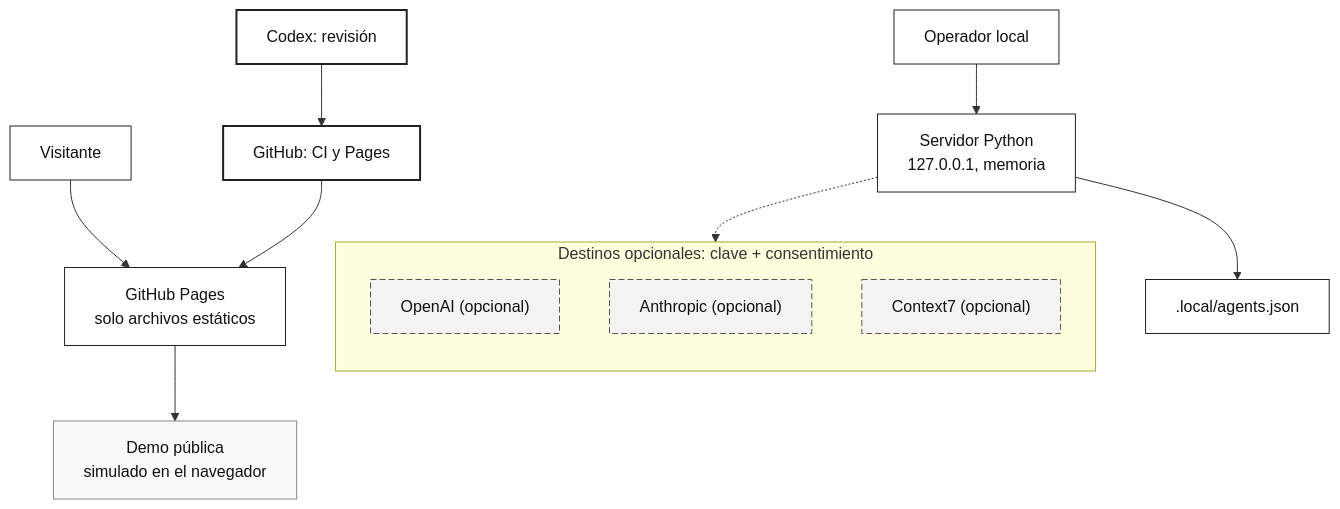
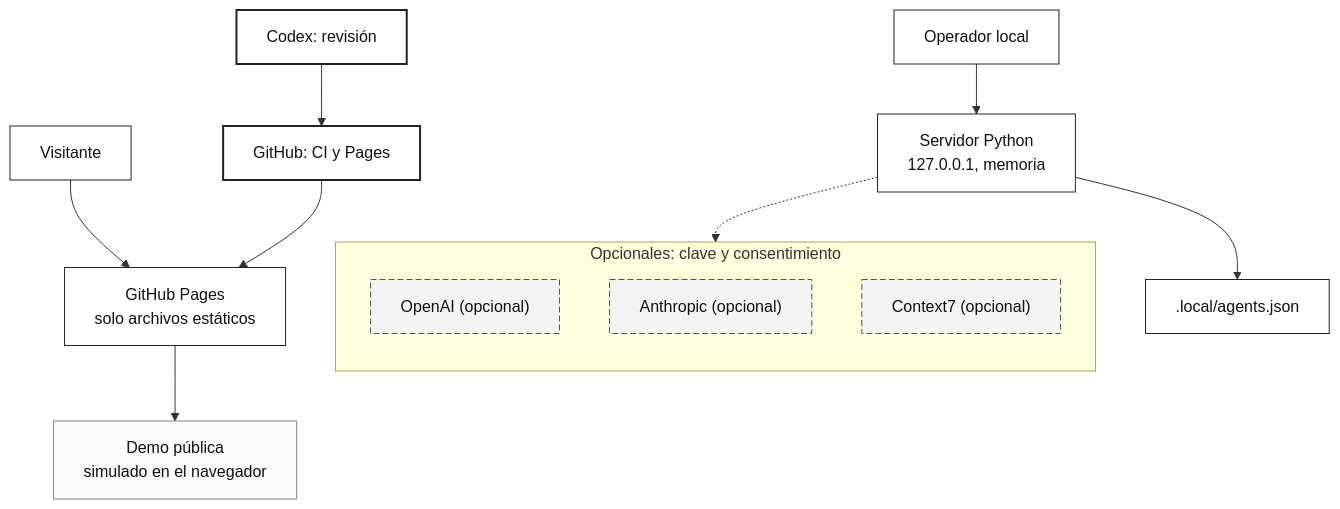
The first of 3 diagrams in docs/book/02-arquitectura.md (marcodiazleon/ai-implementation-lab), drawn with Mermaid before and after one commit. The commit also changed other lines of this file and 5 other files, not shown here.

````diff
--- a/docs/book/02-arquitectura.md
+++ b/docs/book/02-arquitectura.md
@@ -9,20 +9,20 @@
 ```mermaid
 flowchart TB
   classDef ok fill:#ffffff,stroke:#222,color:#111
   classDef opt fill:#f3f3f3,stroke:#555,stroke-dasharray:6 3,color:#111
   classDef sim fill:#fafafa,stroke:#888,color:#111
   classDef ext fill:#ffffff,stroke:#222,stroke-width:2px,color:#111
   V["Visitante"]:::ok --> P["GitHub Pages<br/>solo archivos estáticos"]:::ok
   P --> B1["Demo pública<br/>simulado en el navegador"]:::sim
   G["GitHub: CI y Pages"]:::ext --> P
   CX["Codex: revisión"]:::ext --> G
   O["Operador local"]:::ok --> S["Servidor Python<br/>127.0.0.1, memoria"]:::ok
   S --> L[".local/agents.json"]:::ok
-  subgraph OPT["Destinos opcionales: clave + consentimiento"]
+  subgraph OPT["Opcionales: clave y consentimiento"]
     direction TB
     OA["OpenAI (opcional)"]:::opt
     AN["Anthropic (opcional)"]:::opt
     C7["Context7 (opcional)"]:::opt
   end
   S -.-> OPT
 ```
````
